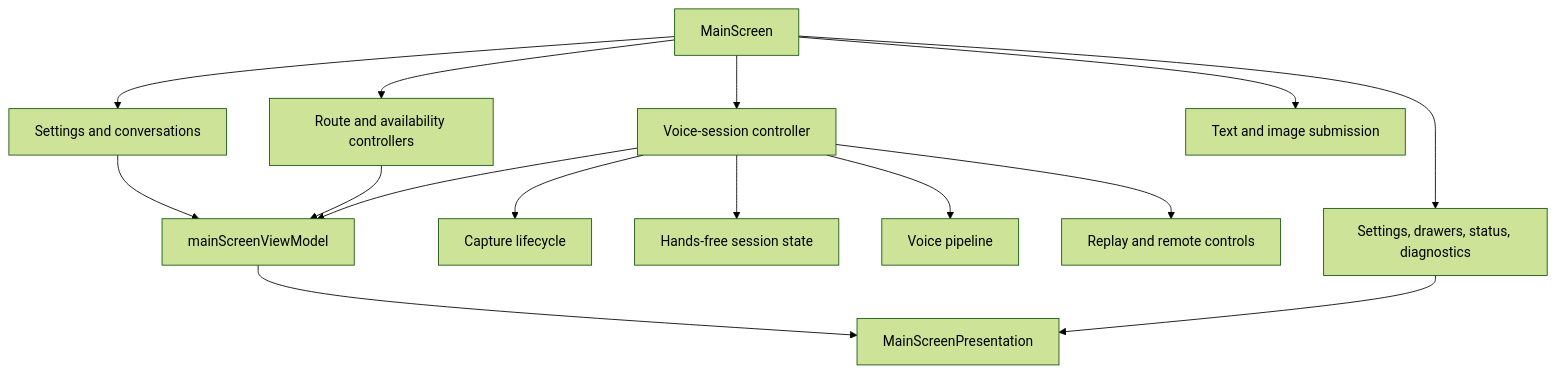
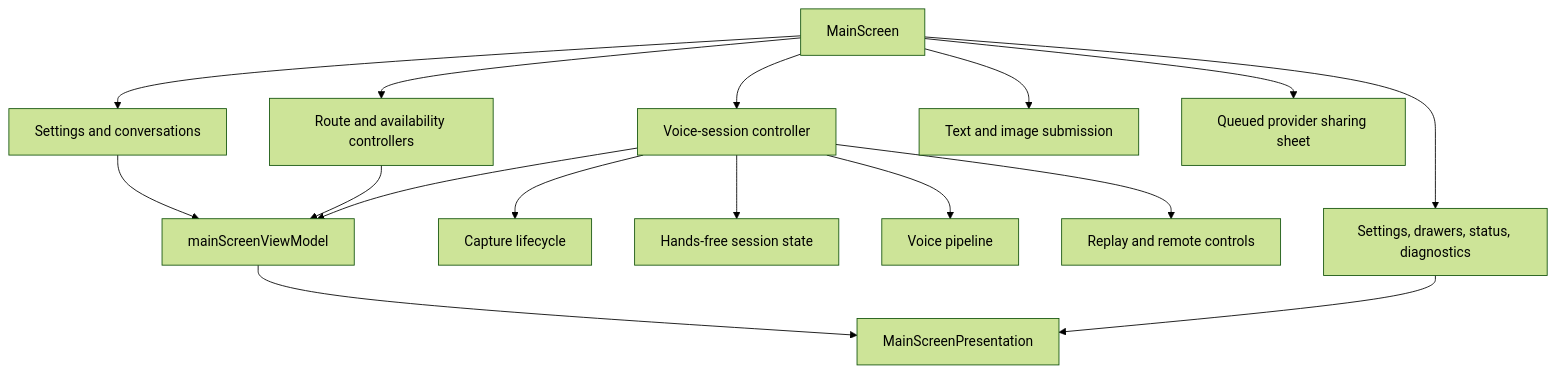
Before and after one commit to hurrtz/mrbroccoli: the first of 3 diagrams in src/screens/main/DESIGN.md, drawn with Mermaid (forest theme). The commit also changed other lines of this file and 131 other files, not shown here.

````diff
--- a/src/screens/main/DESIGN.md
+++ b/src/screens/main/DESIGN.md
@@ -22,19 +22,20 @@
 ```mermaid
 flowchart TB
     Main[MainScreen] --> Data[Settings and conversations]
     Main --> Route[Route and availability controllers]
     Main --> Voice[Voice-session controller]
     Main --> Text[Text and image submission]
     Main --> Surfaces[Settings, drawers, status, diagnostics]
+    Main --> Consent[Queued provider sharing sheet]
 
     Voice --> Capture[Capture lifecycle]
     Voice --> HandsFree[Hands-free session state]
     Voice --> Pipeline[Voice pipeline]
     Voice --> Playback[Replay and remote controls]
 
     Data --> VM[mainScreenViewModel]
     Route --> VM
     Voice --> VM
     VM --> Presentation[MainScreenPresentation]
     Surfaces --> Presentation
 ```
````
